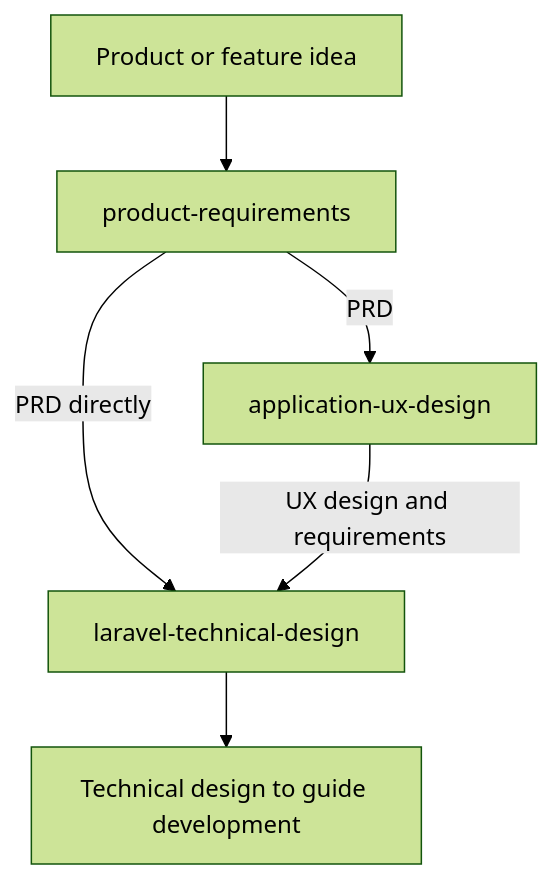
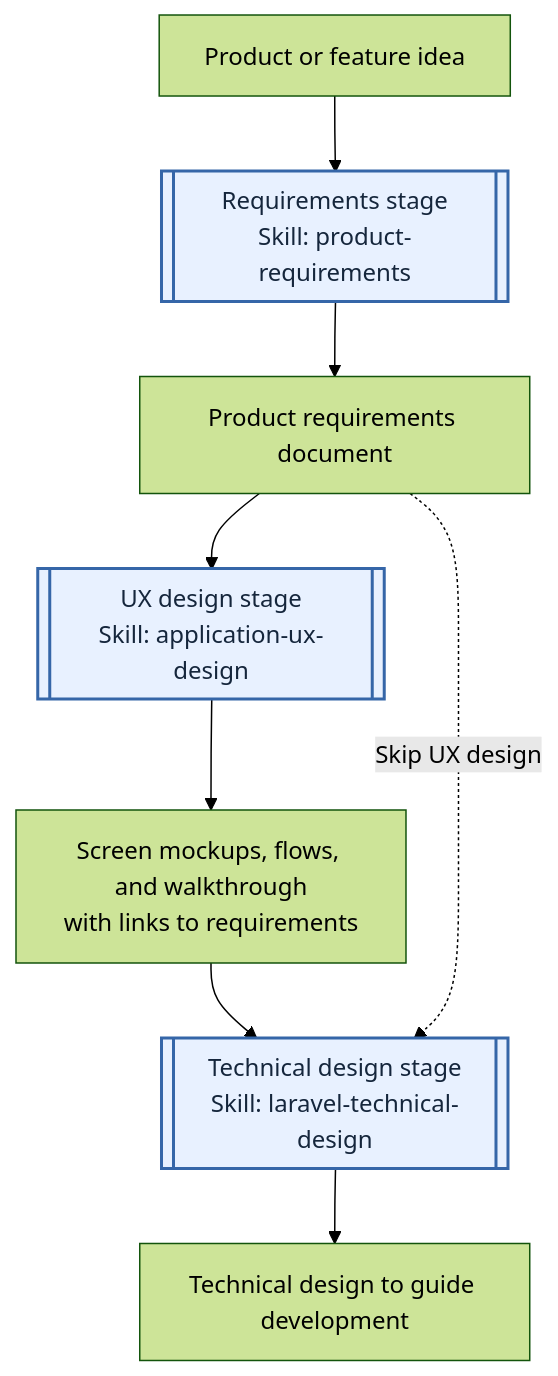
Before and after one commit to danmurf/skills: the diagram in README.md, drawn with Mermaid (forest theme). The commit also changed other lines of this file, not shown here.

Commit message:
Distinguish skills and outputs in development workflow diagram

````diff
--- a/README.md
+++ b/README.md
@@ -9,8 +11,13 @@
 ```mermaid
 flowchart TD
-    Idea["Product or feature idea"] --> Requirements["product-requirements"]
-    Requirements -->|PRD| UX["application-ux-design"]
-    Requirements -->|PRD directly| Technical["laravel-technical-design"]
-    UX -->|UX design and requirements| Technical
+    Idea["Product or feature idea"] --> Requirements[["Requirements stage<br/>Skill: product-requirements"]]
+    Requirements --> PRD["Product requirements document"]
+    PRD --> UX[["UX design stage<br/>Skill: application-ux-design"]]
+    UX --> UXDesign["Screen mockups, flows, and walkthrough<br/>with links to requirements"]
+    UXDesign --> Technical[["Technical design stage<br/>Skill: laravel-technical-design"]]
+    PRD -.->|Skip UX design| Technical
     Technical --> Design["Technical design to guide development"]
+
+    classDef skill fill:#e8f1ff,stroke:#3566a8,color:#15263c,stroke-width:2px
+    class Requirements,UX,Technical skill
 ```
````
